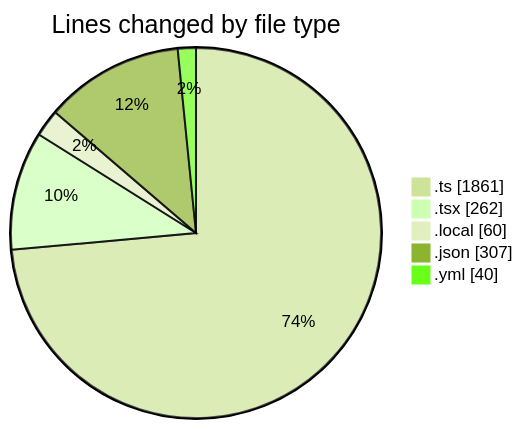
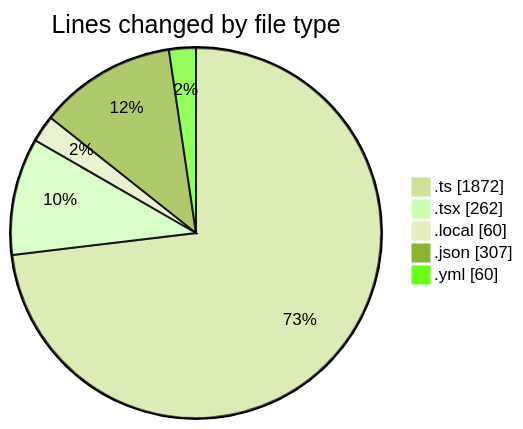
The first of 2 diagrams in 2025-11-26/eventscop-frontend-guide__workspace_/README.md (julien-gomy/code-tracking), drawn with Mermaid (forest theme) before and after one commit. The commit also changed other lines of this file and 1 other file, not shown here.

````diff
--- a/2025-11-26/eventscop-frontend-guide__workspace_/README.md
+++ b/2025-11-26/eventscop-frontend-guide__workspace_/README.md
@@ -29,9 +29,9 @@
 ```mermaid
 pie showData
 title Lines changed by file type
-".ts" : 1861
+".ts" : 1872
 ".tsx" : 262
 ".local" : 60
 ".json" : 307
-".yml" : 40
+".yml" : 60
 ```
````
